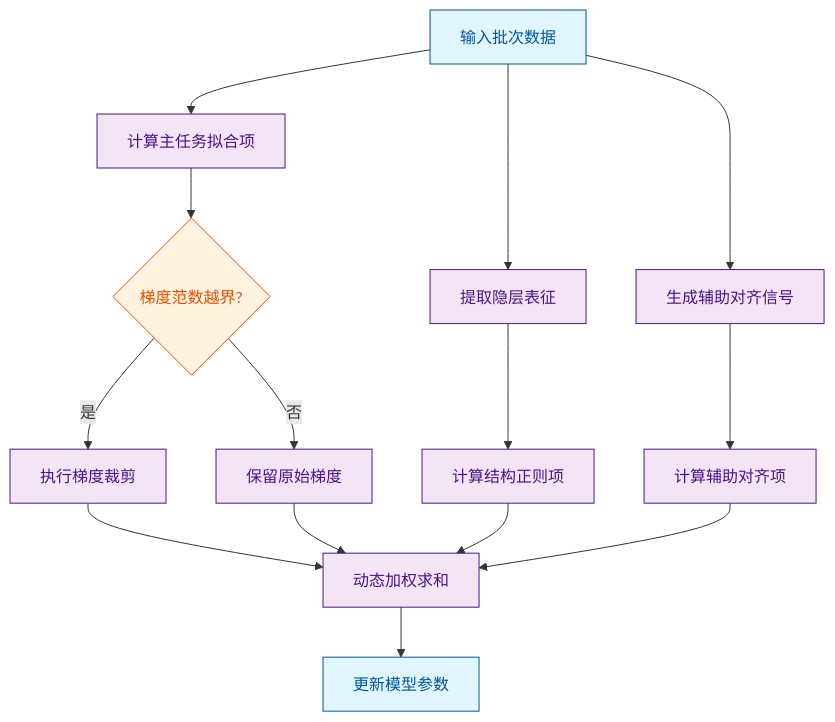
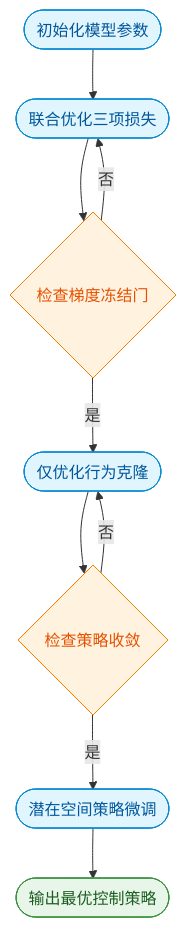
The fourth of 10 diagrams in person_vault/2026-06-08_EnhancingPolicyLearningWithWorldActionModel_2603.28955/report.md (ShinewineW/paper-rolling), drawn with Mermaid before and after one commit. The commit also changed other lines of this file and 51 other files, not shown here.

````diff
--- a/person_vault/2026-06-08_EnhancingPolicyLearningWithWorldActionModel_2603.28955/report.md
+++ b/person_vault/2026-06-08_EnhancingPolicyLearningWithWorldActionModel_2603.28955/report.md
@@ -166,24 +262,16 @@
 ```mermaid
 flowchart TD
-    classDef start fill:#e1f5fe,stroke:#01579b,color:#01579b;
-    classDef process fill:#f3e5f5,stroke:#4a148c,color:#4a148c;
-    classDef decision fill:#fff3e0,stroke:#e65100,color:#e65100;
-    classDef data fill:#e8f5e9,stroke:#1b5e20,color:#1b5e20;
+  classDef phase fill:#e1f5fe,color:#01579b,stroke:#0288d1;
+  classDef freeze fill:#fff3e0,color:#e65100,stroke:#f57c00;
+  classDef loss fill:#f3e5f5,color:#4a148c,stroke:#7b1fa2;
+  classDef output fill:#e8f5e9,color:#1b5e20,stroke:#388e3c;
 
-    input_batch["输入批次数据"]:::start --> compute_task["计算主任务拟合项"]:::process
-    input_batch --> extract_repr["提取隐层表征"]:::process
-    extract_repr --> compute_reg["计算结构正则项"]:::process
-    input_batch --> generate_aux["生成辅助对齐信号"]:::process
-    generate_aux --> compute_aux["计算辅助对齐项"]:::process
-
-    compute_task --> check_norm{梯度范数越界?}:::decision
-    check_norm -- 是 --> clip_grad["执行梯度裁剪"]:::process
-    check_norm -- 否 --> pass_grad["保留原始梯度"]:::process
-
-    clip_grad --> dynamic_weight["动态加权求和"]:::process
-    pass_grad --> dynamic_weight
-    compute_reg --> dynamic_weight
-    compute_aux --> dynamic_weight
-
-    dynamic_weight --> update_params["更新模型参数"]:::start
+  start_init(["初始化模型参数"]):::phase --> wam_opt(["联合优化三项损失"]):::phase
+  wam_opt --> gate1{检查梯度冻结门}:::freeze
+  gate1 -- 否 --> wam_opt
+  gate1 -- 是 --> bc_train(["仅优化行为克隆"]):::phase
+  bc_train --> gate2{检查策略收敛}:::freeze
+  gate2 -- 否 --> bc_train
+  gate2 -- 是 --> ppo_train(["潜在空间策略微调"]):::phase
+  ppo_train --> end_policy(["输出最优控制策略"]):::output
 ```
````
